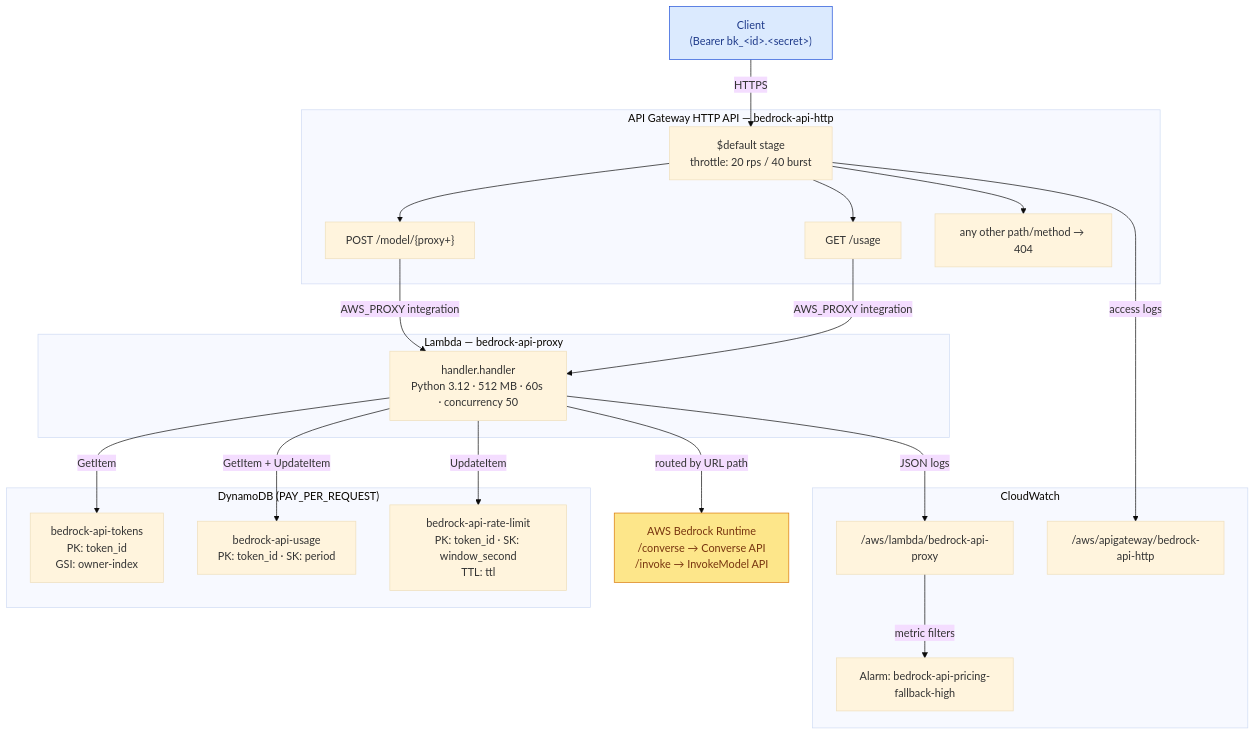
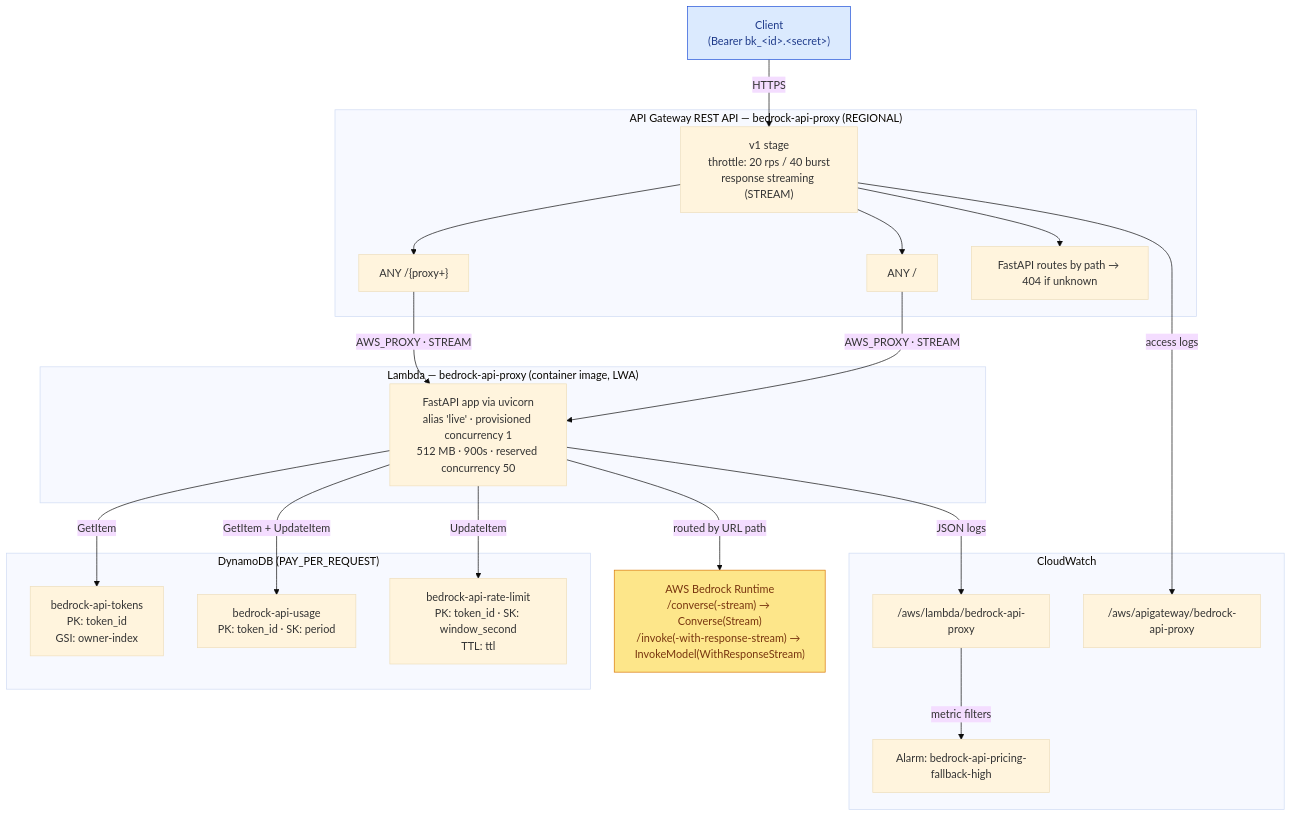
Before and after one commit to smarttransit-ai/bedrock-api: the second of 5 diagrams in docs/architecture.md, drawn with Mermaid (base theme). The commit also changed other lines of this file and 4 other files, not shown here.

First line of the commit message:
docs: update usage/architecture docs for REST API streaming

````diff
--- a/docs/architecture.md
+++ b/docs/architecture.md
@@ -37,48 +37,48 @@
 ```mermaid
 graph TB
     Client["Client<br/>(Bearer bk_&lt;id&gt;.&lt;secret&gt;)"]
 
-    subgraph APIGW["API Gateway HTTP API — bedrock-api-http"]
-        Stage["$default stage<br/>throttle: 20 rps / 40 burst"]
-        RouteProxy["POST /model/{proxy+}"]
-        RouteUsage["GET /usage"]
-        RouteOther["any other path/method → 404"]
+    subgraph APIGW["API Gateway REST API — bedrock-api-proxy (REGIONAL)"]
+        Stage["v1 stage<br/>throttle: 20 rps / 40 burst<br/>response streaming (STREAM)"]
+        RouteProxy["ANY /{proxy+}"]
+        RouteRoot["ANY /"]
+        RouteOther["FastAPI routes by path → 404 if unknown"]
     end
 
-    subgraph Lambda["Lambda — bedrock-api-proxy"]
-        Handler["handler.handler<br/>Python 3.12 · 512 MB · 60s · concurrency 50"]
+    subgraph Lambda["Lambda — bedrock-api-proxy (container image, LWA)"]
+        Handler["FastAPI app via uvicorn<br/>alias 'live' · provisioned concurrency 1<br/>512 MB · 900s · reserved concurrency 50"]
     end
 
     subgraph DynamoDB["DynamoDB (PAY_PER_REQUEST)"]
         Tokens["bedrock-api-tokens<br/>PK: token_id<br/>GSI: owner-index"]
         Usage["bedrock-api-usage<br/>PK: token_id · SK: period"]
         RateLimit["bedrock-api-rate-limit<br/>PK: token_id · SK: window_second<br/>TTL: ttl"]
     end
 
-    Bedrock["AWS Bedrock Runtime<br/>/converse → Converse API<br/>/invoke → InvokeModel API"]
+    Bedrock["AWS Bedrock Runtime<br/>/converse(-stream) → Converse(Stream)<br/>/invoke(-with-response-stream) → InvokeModel(WithResponseStream)"]
 
     subgraph CW["CloudWatch"]
         LogLambda["/aws/lambda/bedrock-api-proxy"]
-        LogAPI["/aws/apigateway/bedrock-api-http"]
+        LogAPI["/aws/apigateway/bedrock-api-proxy"]
         Alarm["Alarm: bedrock-api-pricing-fallback-high"]
     end
 
     Client -->|HTTPS| Stage
     Stage --> RouteProxy
-    Stage --> RouteUsage
+    Stage --> RouteRoot
     Stage --> RouteOther
-    RouteProxy -->|AWS_PROXY integration| Handler
-    RouteUsage -->|AWS_PROXY integration| Handler
+    RouteProxy -->|AWS_PROXY · STREAM| Handler
+    RouteRoot -->|AWS_PROXY · STREAM| Handler
     Handler -->|GetItem| Tokens
     Handler -->|GetItem + UpdateItem| Usage
     Handler -->|UpdateItem| RateLimit
     Handler -->|routed by URL path| Bedrock
     Handler -->|JSON logs| LogLambda
     Stage -->|access logs| LogAPI
     LogLambda -->|metric filters| Alarm
 
     classDef bedrockStyle fill:#fde68a,stroke:#d97706,color:#78350f
     classDef clientStyle fill:#dbeafe,stroke:#1d4ed8,color:#1e3a8a
     class Bedrock bedrockStyle
     class Client clientStyle
 ```
````
